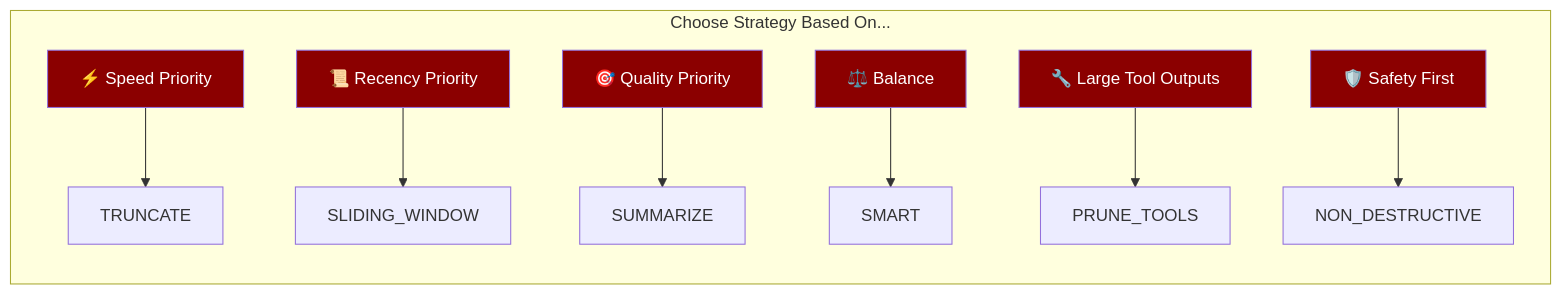
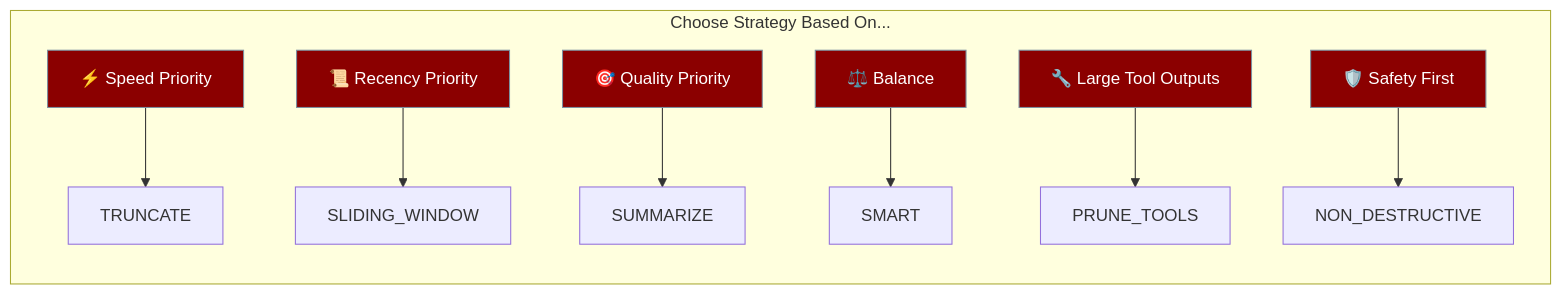
Before and after one commit to MervinPraison/PraisonAIDocs: the third of 5 diagrams in docs/features/context-management.mdx, drawn with Mermaid. The commit also changed other lines of this file and 10 other files, not shown here.

First line of the commit message:
fix: align Mermaid classDef stroke and palette in batch-1 features

````diff
--- a/docs/features/context-management.mdx
+++ b/docs/features/context-management.mdx
@@ -231,19 +220,15 @@
 ```mermaid
 flowchart LR
     subgraph "Choose Strategy Based On..."
         direction TB
         SPEED[⚡ Speed Priority] --> TRUNCATE[TRUNCATE]
         RECENT[📜 Recency Priority] --> SLIDING[SLIDING_WINDOW]
         QUALITY[🎯 Quality Priority] --> SUMMARIZE[SUMMARIZE]
         BALANCE[⚖️ Balance] --> SMART[SMART]
         TOOLS[🔧 Large Tool Outputs] --> PRUNE[PRUNE_TOOLS]
         SAFE[🛡️ Safety First] --> NONDEST[NON_DESTRUCTIVE]
     end
 
-    style SPEED fill:#8B0000,color:#fff
-    style RECENT fill:#8B0000,color:#fff
-    style QUALITY fill:#8B0000,color:#fff
-    style BALANCE fill:#8B0000,color:#fff
-    style TOOLS fill:#8B0000,color:#fff
-    style SAFE fill:#8B0000,color:#fff
+    classDef priority fill:#8B0000,stroke:#7C90A0,color:#fff
+    class SPEED,RECENT,QUALITY,BALANCE,TOOLS,SAFE priority
 ```
````
